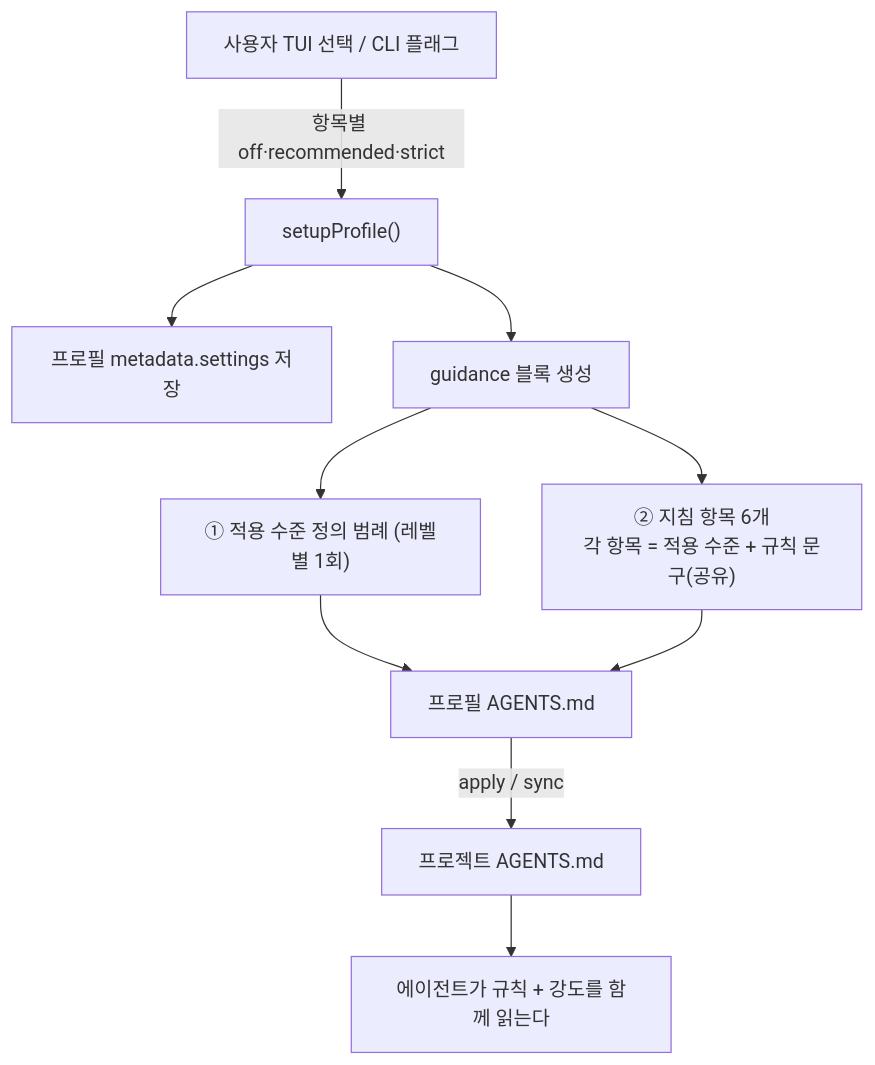
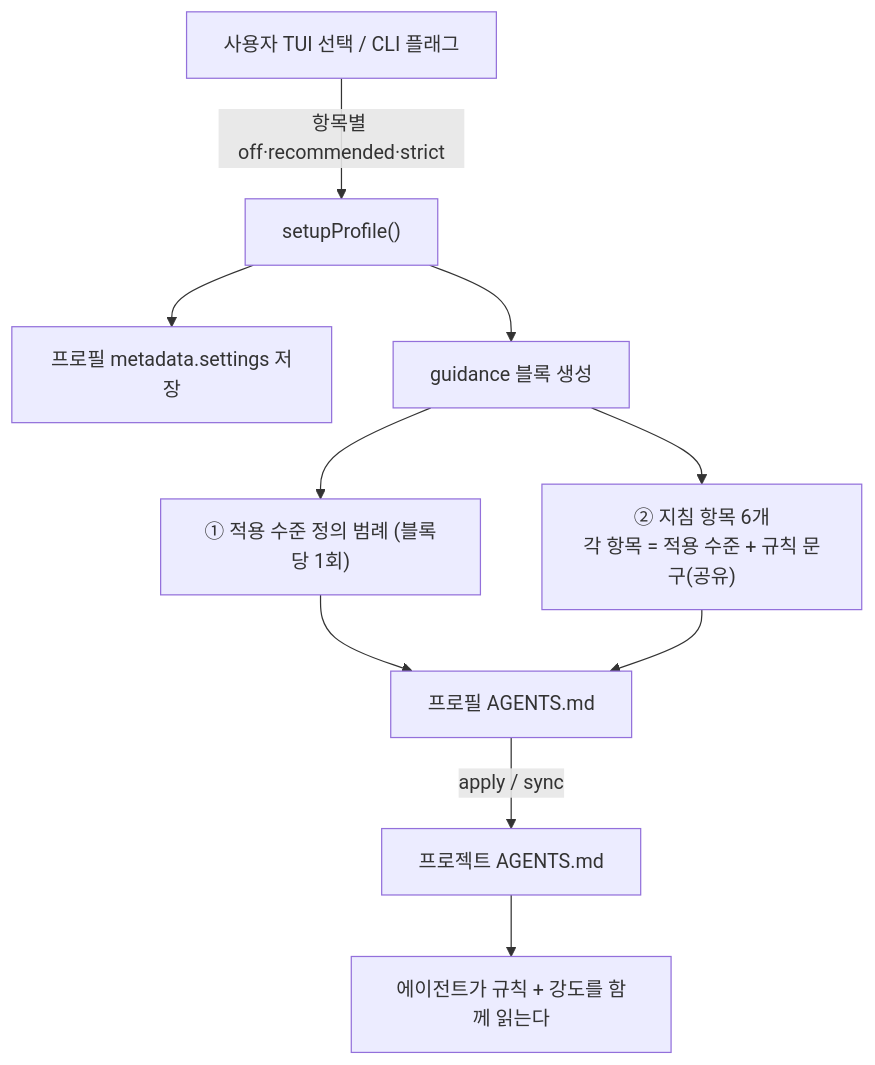
Before and after one commit to IsthisLee/agent-context-manager: the second of 2 diagrams in docs/discussion/architecture/topics/guidance-level-semantics.md, drawn with Mermaid. The commit also changed other lines of this file and 4 other files, not shown here.

````diff
--- a/docs/discussion/architecture/topics/guidance-level-semantics.md
+++ b/docs/discussion/architecture/topics/guidance-level-semantics.md
@@ -141,12 +144,12 @@
 ```mermaid
 flowchart TD
   U["사용자 TUI 선택 / CLI 플래그"] -->|항목별 off·recommended·strict| S["setupProfile()"]
   S --> M["프로필 metadata.settings 저장"]
   S --> B["guidance 블록 생성"]
-  B --> L["① 적용 수준 정의 범례 (레벨별 1회)"]
+  B --> L["① 적용 수준 정의 범례 (블록당 1회)"]
   B --> I["② 지침 항목 6개<br/>각 항목 = 적용 수준 + 규칙 문구(공유)"]
   L --> F["프로필 AGENTS.md"]
   I --> F
   F -->|apply / sync| P["프로젝트 AGENTS.md"]
   P --> A["에이전트가 규칙 + 강도를 함께 읽는다"]
 ```
````
